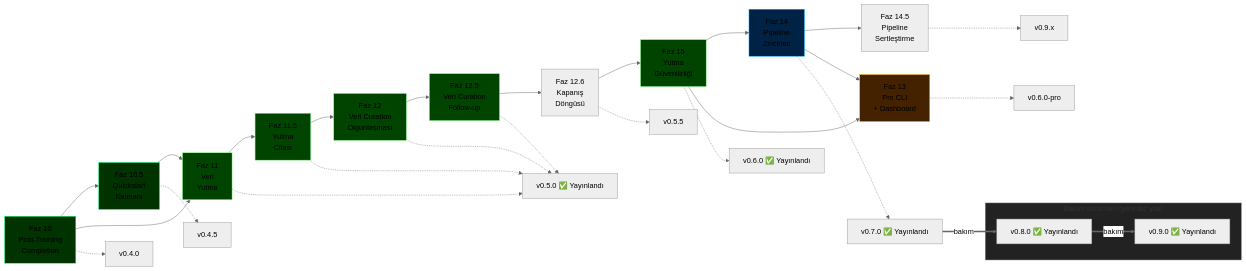
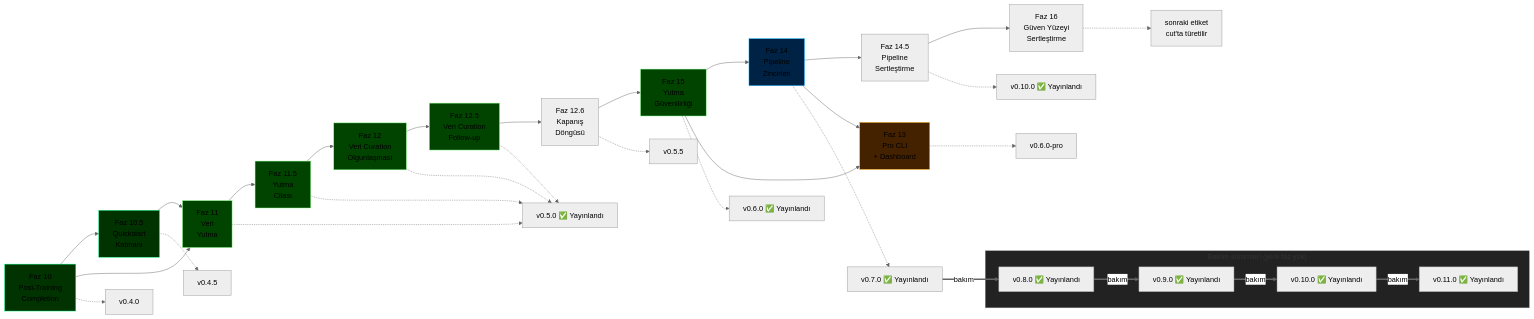
One commit to HodeTech/ForgeLM changed the diagram in docs/roadmap-tr.md. Above: the diagram before and after it, drawn with Mermaid (neutral theme). The commit also changed other lines of this file and 4 other files, not shown here.

````diff
--- a/docs/roadmap-tr.md
+++ b/docs/roadmap-tr.md
@@ -50,46 +51,52 @@
 ```mermaid
 graph LR
     P10[Faz 10<br/>Post-Training<br/>Completion] --> P105[Faz 10.5<br/>Quickstart<br/>Katmanı]
     P10 --> P11[Faz 11<br/>Veri<br/>Yutma]
     P105 --> P11
     P11 --> P115[Faz 11.5<br/>Yutma<br/>Cilası]
     P115 --> P12[Faz 12<br/>Veri Curation<br/>Olgunlaşması]
     P12 --> P125[Faz 12.5<br/>Veri Curation<br/>Follow-up]
     P125 --> P126[Faz 12.6<br/>Kapanış<br/>Döngüsü]
     P126 --> P15[Faz 15<br/>Yutma<br/>Güvenilirliği]
     P15 --> P14[Faz 14<br/>Pipeline<br/>Zincirleri]
     P14 --> P145[Faz 14.5<br/>Pipeline<br/>Sertleştirme]
+    P145 --> P16[Faz 16<br/>Güven Yüzeyi<br/>Sertleştirme]
     P14 --> P13[Faz 13<br/>Pro CLI<br/>+ Dashboard]
     P15 --> P13
 
     P10 -.-> V1[v0.4.0]
     P105 -.-> V15[v0.4.5]
     P11 -.-> V2[v0.5.0 ✅ Yayınlandı]
     P115 -.-> V2
     P12 -.-> V2
     P125 -.-> V2
     P126 -.-> V25[v0.5.5]
     P15 -.-> V23[v0.6.0 ✅ Yayınlandı]
     P14 -.-> V27[v0.7.0 ✅ Yayınlandı]
-    P145 -.-> V275[v0.9.x]
+    P145 -.-> V275[v0.10.0 ✅ Yayınlandı]
     P13 -.-> V3[v0.6.0-pro]
+    P16 -.-> V32[sonraki etiket<br/>cut'ta türetilir]
 
     subgraph MAINT["Bakım sürümleri (yeni faz yok)"]
         V28[v0.8.0 ✅ Yayınlandı]
         V29[v0.9.0 ✅ Yayınlandı]
+        V30[v0.10.0 ✅ Yayınlandı]
+        V31[v0.11.0 ✅ Yayınlandı]
     end
 
     V27 ==>|bakım| V28
     V28 ==>|bakım| V29
+    V29 ==>|bakım| V30
+    V30 ==>|bakım| V31
 
     style P10 fill:#003300,stroke:#00ff88
     style P105 fill:#003300,stroke:#00ff88
     style P11 fill:#004400,stroke:#88ff88
     style P115 fill:#004400,stroke:#88ff88
     style P12 fill:#004400,stroke:#88ff88
     style P125 fill:#004400,stroke:#88ff88
     style P15 fill:#004400,stroke:#88ff88
     style P14 fill:#002244,stroke:#00aaff
     style P13 fill:#442200,stroke:#ffaa00
     style MAINT fill:#222222,stroke:#888888
 ```
````
